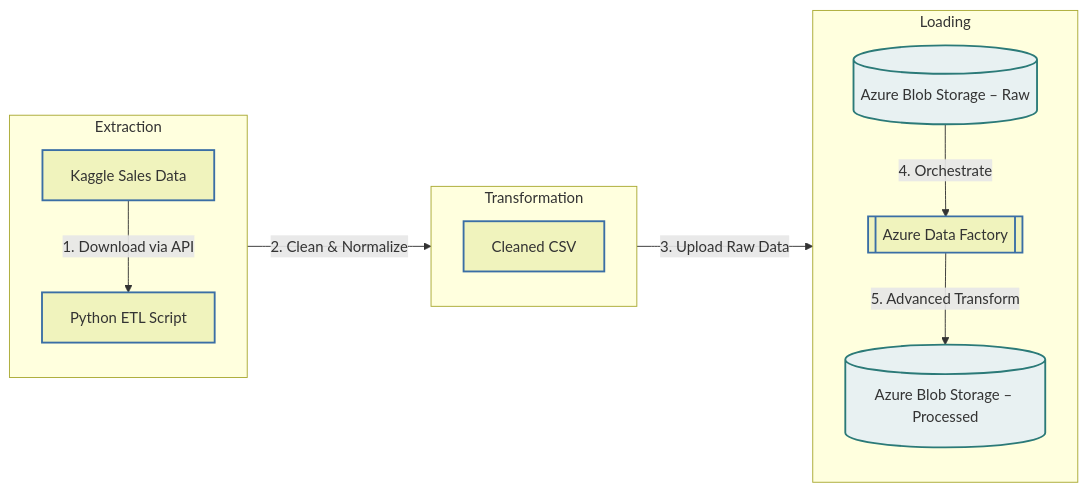
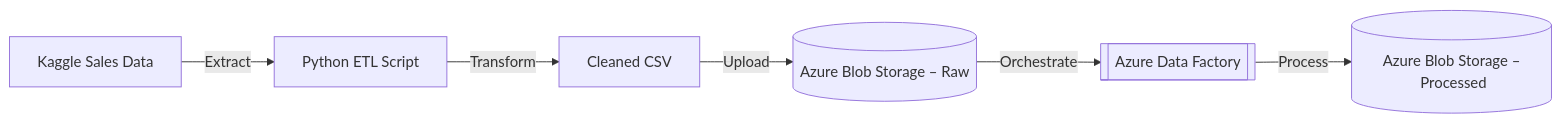
Before and after one commit to alexvidi/Azure-ETL-Project-Terraform-GitHubActions: the diagram in README.md, drawn with Mermaid.

Commit message:
mermaid fixed

````diff
--- a/README.md
+++ b/README.md
@@ -44,26 +44,8 @@
 ```mermaid
 flowchart LR
-    %% Subgraphs for each phase
-    subgraph Extraction
-        direction TB
-        A[Kaggle Sales Data] -->|1. Download via API| B[Python ETL Script]
-    end
-
-    subgraph Transformation
-        direction TB
-        B -->|2. Clean & Normalize| C[Cleaned CSV]
-    end
-
-    subgraph Loading
-        direction TB
-        C -->|3. Upload Raw Data| D[(Azure Blob Storage – Raw)]
-        D -->|4. Orchestrate| E[[Azure Data Factory]]
-        E -->|5. Advanced Transform| F[(Azure Blob Storage – Processed)]
-    end
-
-    %% Style definitions
-    classDef storage fill:#E8F1F2,stroke:#2B7A78,stroke-width:2px;
-    classDef process fill:#F0F3BD,stroke:#3A6EA5,stroke-width:2px;
-    class A,B,C,E process;
-    class D,F storage;
+    Kaggle[Kaggle Sales Data] -->|Extract| Script[Python ETL Script]
+    Script -->|Transform| CSV[Cleaned CSV]
+    CSV -->|Upload| Raw[(Azure Blob Storage – Raw)]
+    Raw -->|Orchestrate| ADF[[Azure Data Factory]]
+    ADF -->|Process| Processed[(Azure Blob Storage – Processed)]
 ```
````
